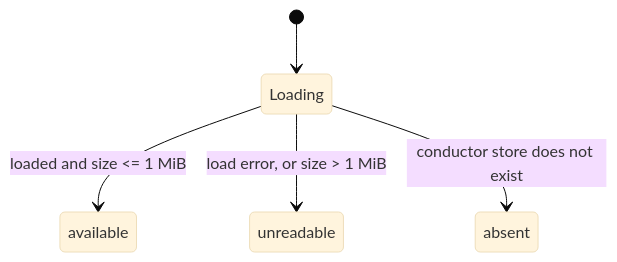
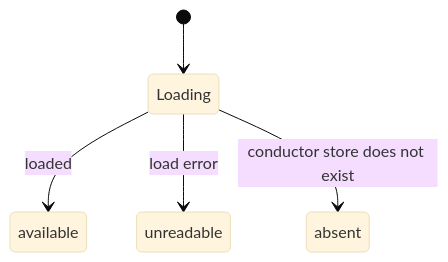
One commit to glakartur/narsor changed the second of 2 diagrams in docs/plans/2026-11-22-2005-feat-task-state-preview-plan.md. Above: the diagram before and after it, drawn with Mermaid (base theme). The commit also changed other lines of this file, not shown here.

````diff
--- a/docs/plans/2026-11-22-2005-feat-task-state-preview-plan.md
+++ b/docs/plans/2026-11-22-2005-feat-task-state-preview-plan.md
@@ -181,7 +181,7 @@
 ```mermaid
 stateDiagram-v2
     [*] --> Loading
-    Loading --> available: loaded and size <= 1 MiB
-    Loading --> unreadable: load error, or size > 1 MiB
+    Loading --> available: loaded
+    Loading --> unreadable: load error
     Loading --> absent: conductor store does not exist
 ```
````
